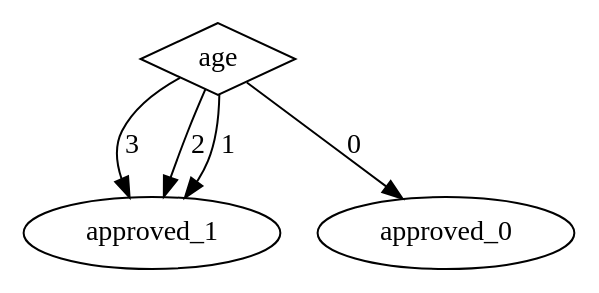
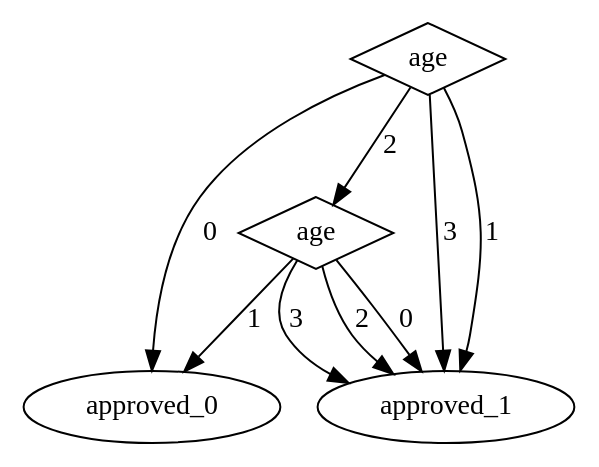
One commit to torfah/synplicate changed the diagram in examples/loan_acquisition/program/program3.dot. Above: the diagram before and after it, drawn with Graphviz. The commit also changed 39 other files, not shown here.

```diff
--- a/examples/loan_acquisition/program/program3.dot
+++ b/examples/loan_acquisition/program/program3.dot
@@ -1,12 +1,20 @@
 digraph {
+node [label=approved_1,style=""] approved_1
+node [label=approved_1,style=""] approved_1
+node [label=approved_0,style=""] approved_0
 node [label=approved_1,style=""] approved_1
 node [label=approved_1,style=""] approved_1
 node [label=approved_1,style=""] approved_1
 node [label=approved_0,style=""] approved_0
+node [label=age,shape="diamond",style=""] 1
 node [label=age,shape="diamond",style=""] 0
 
+1 -> approved_1 [label="3"]
+1 -> approved_1 [label="2"]
+1 -> approved_0 [label="1"]
+1 -> approved_1 [label="0"]
 0 -> approved_1 [label="3"]
-0 -> approved_1 [label="2"]
+0 -> 1 [label="2"]
 0 -> approved_1 [label="1"]
 0 -> approved_0 [label="0"]
 }
```
